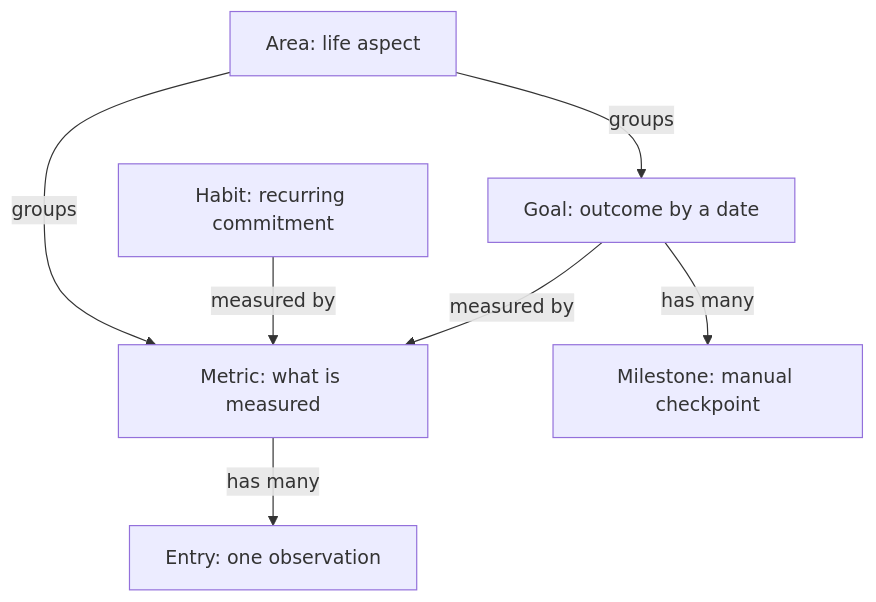
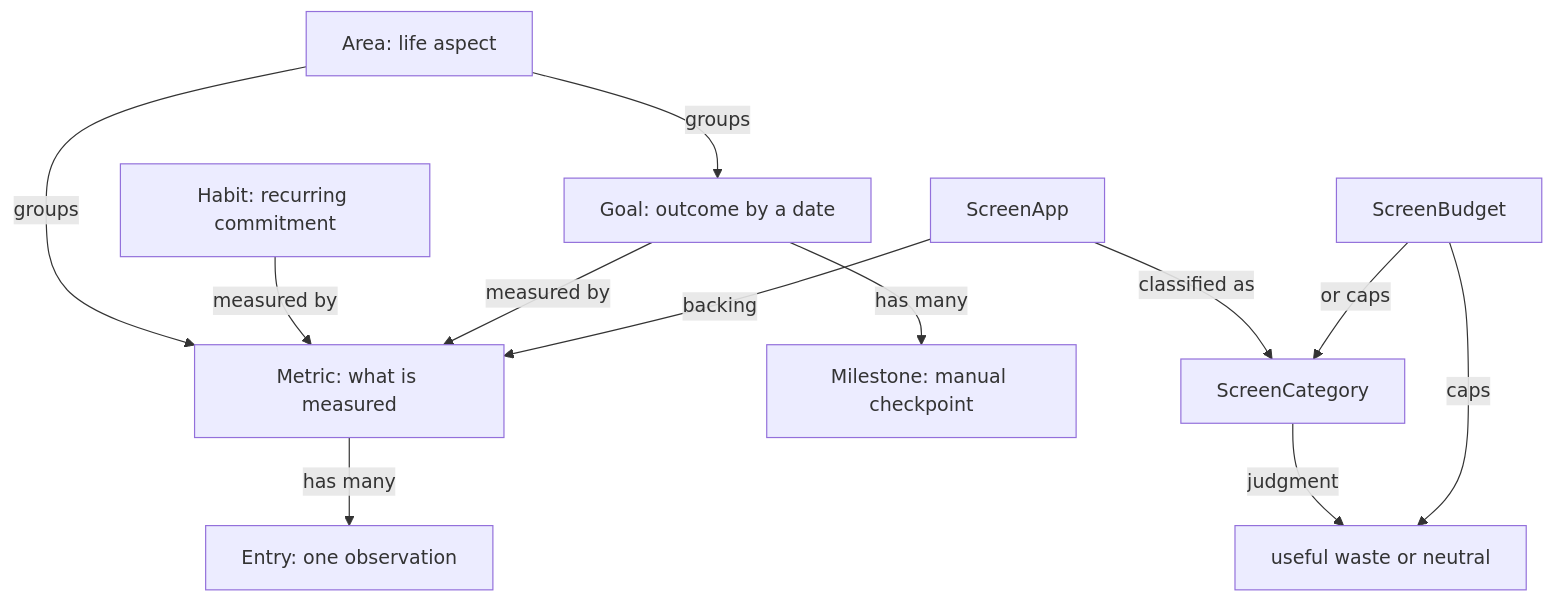
The first of 2 diagrams in docs/architecture.md (gio-white/atlas), drawn with Mermaid before and after one commit. The commit also changed other lines of this file and 23 other files, not shown here.

First line of the commit message:
Add a screen taxonomy so app time can roll into category and waste caps.

````diff
--- a/docs/architecture.md
+++ b/docs/architecture.md
@@ -21,9 +21,14 @@
 ```mermaid
 flowchart TD
   Area[Area: life aspect] -->|groups| Metric[Metric: what is measured]
   Area -->|groups| Goal[Goal: outcome by a date]
   Metric -->|has many| Entry[Entry: one observation]
   Habit[Habit: recurring commitment] -->|measured by| Metric
   Goal -->|measured by| Metric
   Goal -->|has many| Milestone[Milestone: manual checkpoint]
+  ScreenCategory[ScreenCategory] -->|judgment| ScreenJudgment[useful waste or neutral]
+  ScreenApp[ScreenApp] -->|classified as| ScreenCategory
+  ScreenApp -->|backing| Metric
+  ScreenBudget[ScreenBudget] -->|caps| ScreenJudgment
+  ScreenBudget -->|or caps| ScreenCategory
 ```
````
